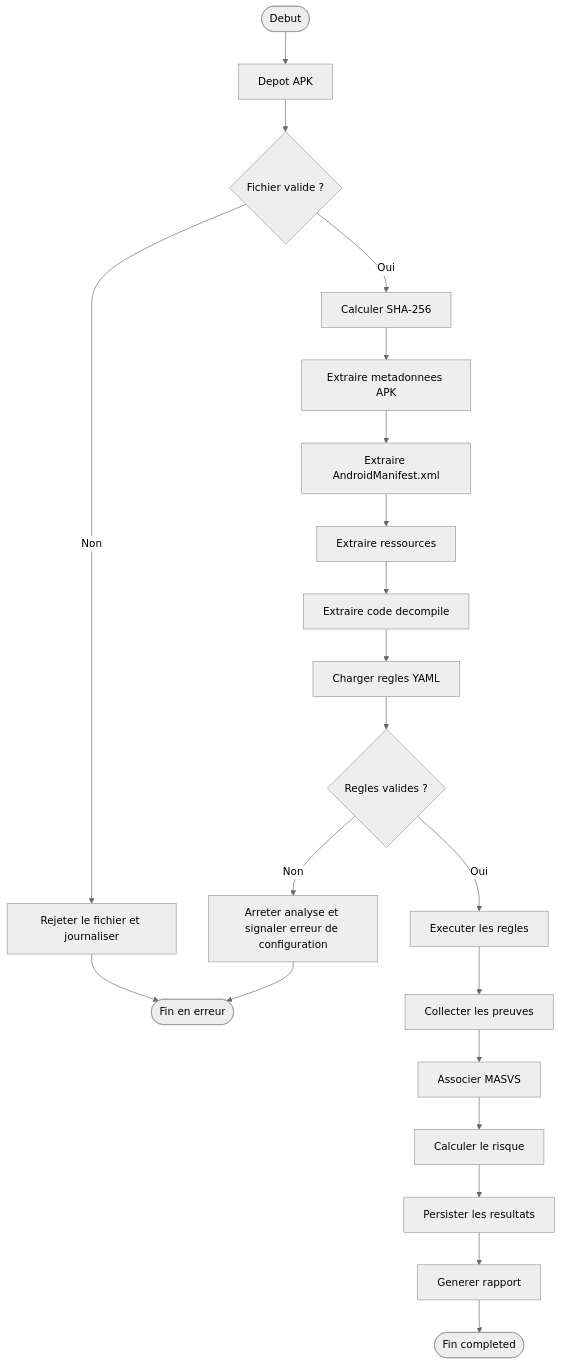
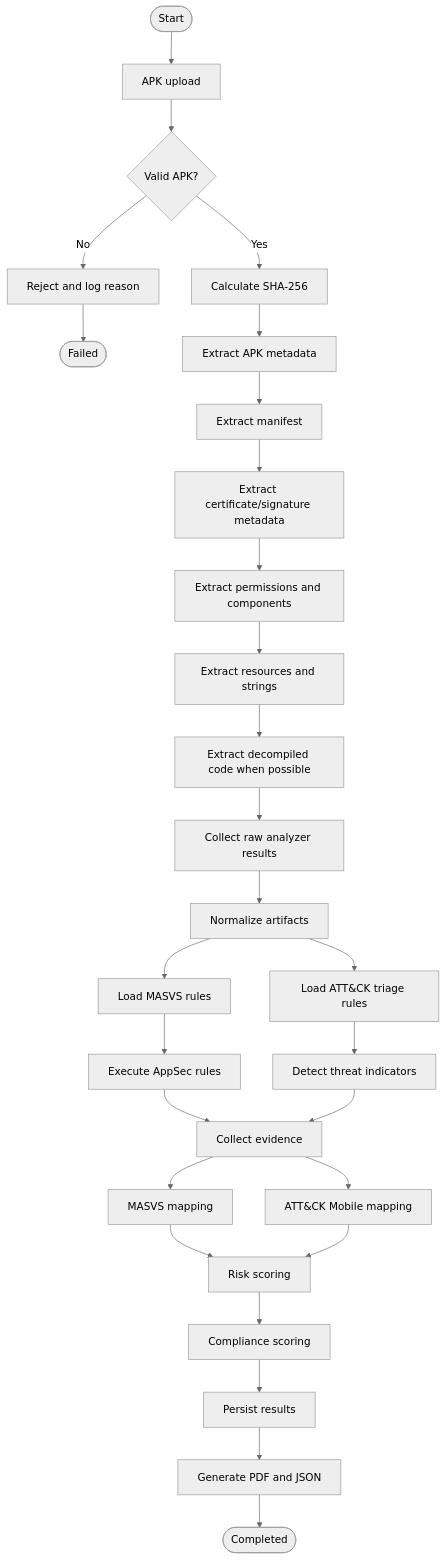
Before and after one commit to nine11-tech/MSAP: the second of 2 diagrams in docs/04_Design/08_Analysis_Pipeline.md, drawn with Mermaid (neutral theme). The commit also changed other lines of this file and 29 other files, not shown here.

Commit message:
Pivot MSAP to hybrid MASVS and ATT&CK Mobile triage

````diff
--- a/docs/04_Design/08_Analysis_Pipeline.md
+++ b/docs/04_Design/08_Analysis_Pipeline.md
@@ -125,23 +89,30 @@
 ```mermaid
 flowchart TD
-    Start([Debut]) --> Upload[Depot APK]
-    Upload --> Validate{Fichier valide ?}
-    Validate -- Non --> Reject[Rejeter le fichier et journaliser]
-    Reject --> EndFail([Fin en erreur])
-    Validate -- Oui --> Hash[Calculer SHA-256]
-    Hash --> Metadata[Extraire metadonnees APK]
-    Metadata --> Manifest[Extraire AndroidManifest.xml]
-    Manifest --> Resources[Extraire ressources]
-    Resources --> Code[Extraire code decompile]
-    Code --> LoadRules[Charger regles YAML]
-    LoadRules --> RulesValid{Regles valides ?}
-    RulesValid -- Non --> RuleError[Arreter analyse et signaler erreur de configuration]
-    RuleError --> EndFail
-    RulesValid -- Oui --> Execute[Executer les regles]
-    Execute --> Evidence[Collecter les preuves]
-    Evidence --> Mapping[Associer MASVS]
-    Mapping --> Scoring[Calculer le risque]
-    Scoring --> Persist[Persister les resultats]
-    Persist --> Report[Generer rapport]
-    Report --> EndOk([Fin completed])
+    Start([Start]) --> Upload[APK upload]
+    Upload --> Validate{Valid APK?}
+    Validate -- No --> Reject[Reject and log reason]
+    Reject --> Fail([Failed])
+    Validate -- Yes --> Hash[Calculate SHA-256]
+    Hash --> Meta[Extract APK metadata]
+    Meta --> Manifest[Extract manifest]
+    Manifest --> Cert[Extract certificate/signature metadata]
+    Cert --> Perms[Extract permissions and components]
+    Perms --> Strings[Extract resources and strings]
+    Strings --> Code[Extract decompiled code when possible]
+    Code --> Raw[Collect raw analyzer results]
+    Raw --> Norm[Normalize artifacts]
+    Norm --> LoadMASVS[Load MASVS rules]
+    Norm --> LoadATTCK[Load ATT&CK triage rules]
+    LoadMASVS --> AppSec[Execute AppSec rules]
+    LoadATTCK --> Triage[Detect threat indicators]
+    AppSec --> Evidence[Collect evidence]
+    Triage --> Evidence
+    Evidence --> MapMASVS[MASVS mapping]
+    Evidence --> MapATTCK[ATT&CK Mobile mapping]
+    MapMASVS --> Risk[Risk scoring]
+    MapATTCK --> Risk
+    Risk --> Compliance[Compliance scoring]
+    Compliance --> Persist[Persist results]
+    Persist --> Report[Generate PDF and JSON]
+    Report --> Done([Completed])
 ```
````
